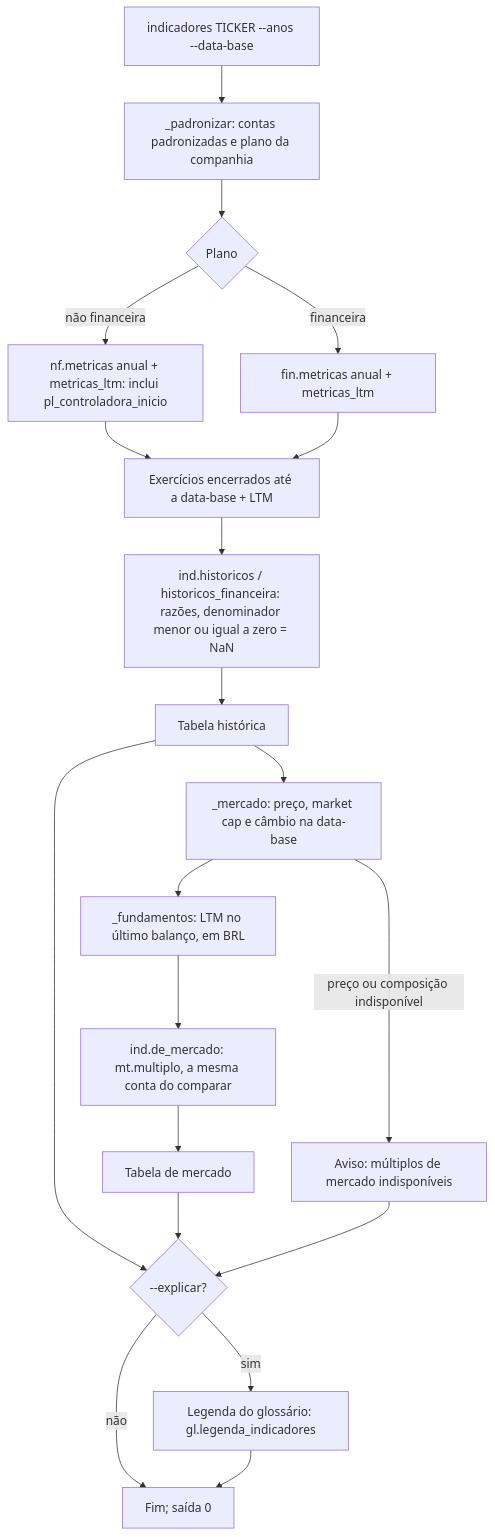
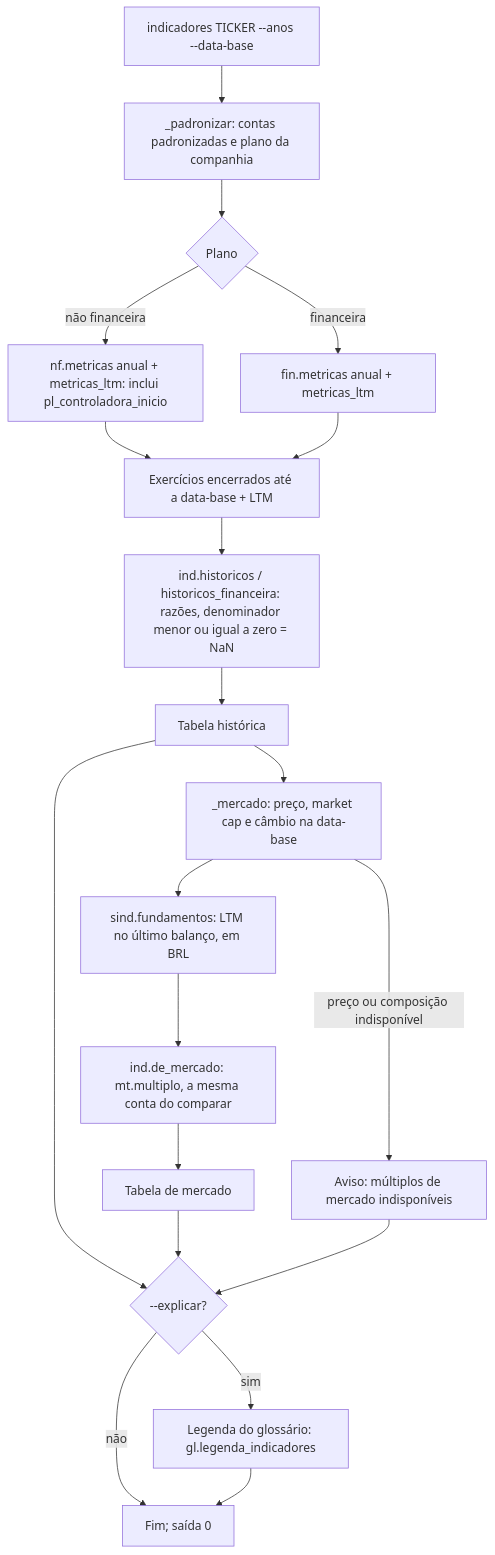
Before and after one commit to luiz2801/lastro: the fourth of 4 diagrams in docs/diagrama_atividades.md, drawn with Mermaid. The commit also changed 6 other files, not shown here.

````diff
--- a/docs/diagrama_atividades.md
+++ b/docs/diagrama_atividades.md
@@ -280,22 +280,22 @@
 ```mermaid
 flowchart TD
   A[indicadores TICKER --anos --data-base] --> B[_padronizar: contas padronizadas e plano da companhia]
   B --> C{Plano}
   C -->|não financeira| D[nf.metricas anual + metricas_ltm: inclui pl_controladora_inicio]
   C -->|financeira| E[fin.metricas anual + metricas_ltm]
   D --> F[Exercícios encerrados até a data-base + LTM]
   E --> F
   F --> G[ind.historicos / historicos_financeira: razões, denominador menor ou igual a zero = NaN]
   G --> H[Tabela histórica]
   H --> I[_mercado: preço, market cap e câmbio na data-base]
   I -->|preço ou composição indisponível| W[Aviso: múltiplos de mercado indisponíveis]
-  I --> J[_fundamentos: LTM no último balanço, em BRL]
+  I --> J[sind.fundamentos: LTM no último balanço, em BRL]
   J --> K[ind.de_mercado: mt.multiplo, a mesma conta do comparar]
   K --> L[Tabela de mercado]
   H --> M{--explicar?}
   L --> M
   W --> M
   M -->|sim| N[Legenda do glossário: gl.legenda_indicadores]
   M -->|não| O[Fim; saída 0]
   N --> O
 ```
````
